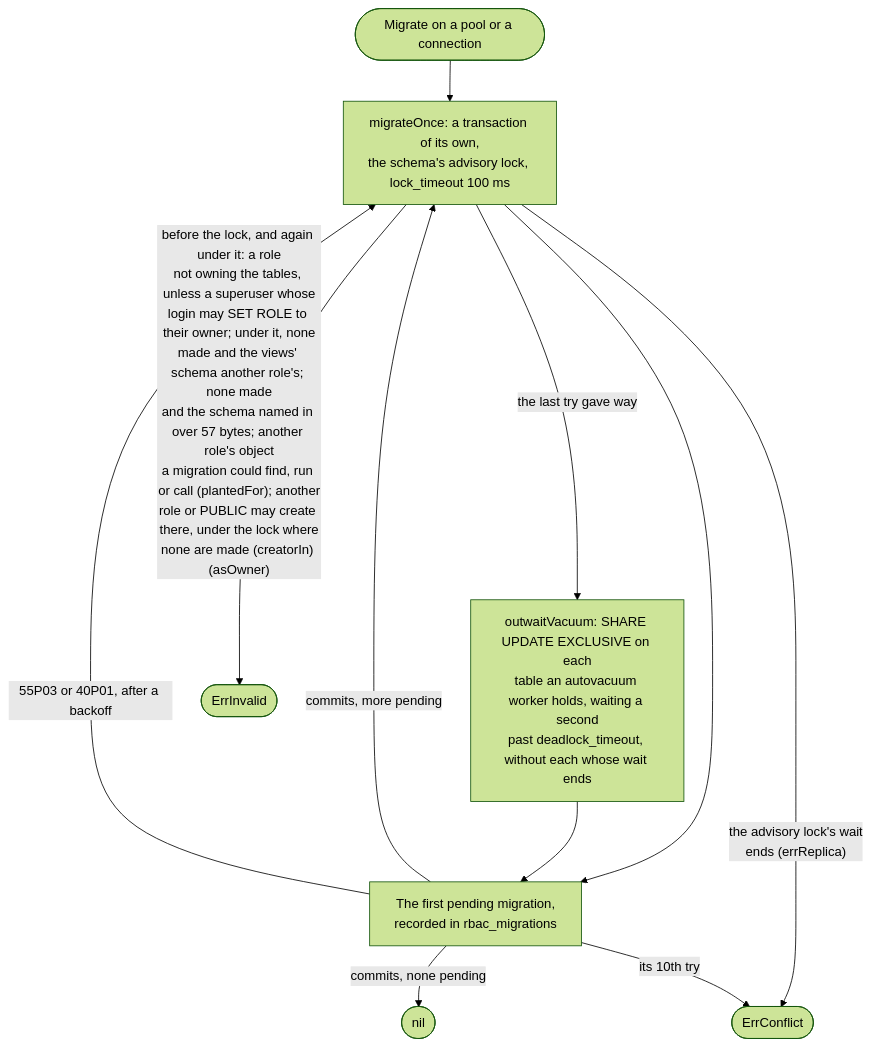
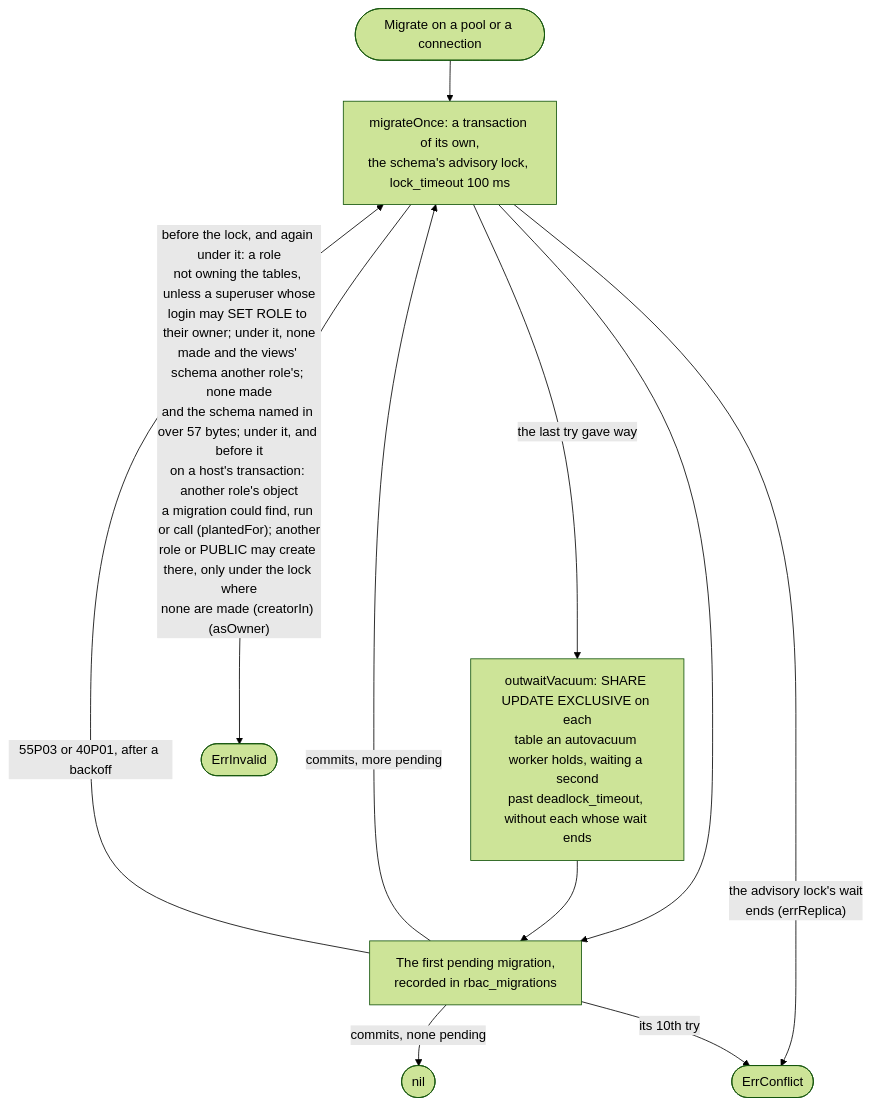
One commit to parallelworks/rbac changed diagram 12 of 14 in docs/architecture.md. Above: the diagram before and after it, drawn with Mermaid (forest theme). The commit also changed other lines of this file and 1 other file, not shown here.

Commit message:
docs: Migrate refuses another role's objects under the lock, and before it only on a host's transaction

````diff
--- a/docs/architecture.md
+++ b/docs/architecture.md
@@ -1603,13 +1604,13 @@
 ```mermaid
 flowchart TB
     start(["Migrate on a pool or a connection"]) --> tx["migrateOnce: a transaction of its own,<br/>the schema's advisory lock, lock_timeout 100 ms"]
     tx -->|"the last try gave way"| vac["outwaitVacuum: SHARE UPDATE EXCLUSIVE on each<br/>table an autovacuum worker holds, waiting a second<br/>past deadlock_timeout, without each whose wait ends"]
     tx --> one["The first pending migration,<br/>recorded in rbac_migrations"]
     vac --> one
     one -->|"commits, more pending"| tx
     one -->|"commits, none pending"| done(["nil"])
     tx -->|"the advisory lock's wait<br/>ends (errReplica)"| conflict(["ErrConflict"])
-    tx -->|"before the lock, and again under it: a role<br/>not owning the tables, unless a superuser whose<br/>login may SET ROLE to their owner; under it, none<br/>made and the views' schema another role's; none made<br/>and the schema named in over 57 bytes; another role's object<br/>a migration could find, run or call (plantedFor); another<br/>role or PUBLIC may create there, under the lock where<br/>none are made (creatorIn) (asOwner)"| invalid(["ErrInvalid"])
+    tx -->|"before the lock, and again under it: a role<br/>not owning the tables, unless a superuser whose<br/>login may SET ROLE to their owner; under it, none<br/>made and the views' schema another role's; none made<br/>and the schema named in over 57 bytes; under it, and before it<br/>on a host's transaction: another role's object<br/>a migration could find, run or call (plantedFor); another<br/>role or PUBLIC may create there, only under the lock where<br/>none are made (creatorIn) (asOwner)"| invalid(["ErrInvalid"])
     one -->|"55P03 or 40P01, after a backoff"| tx
     one -->|"its 10th try"| conflict
 ```
````
